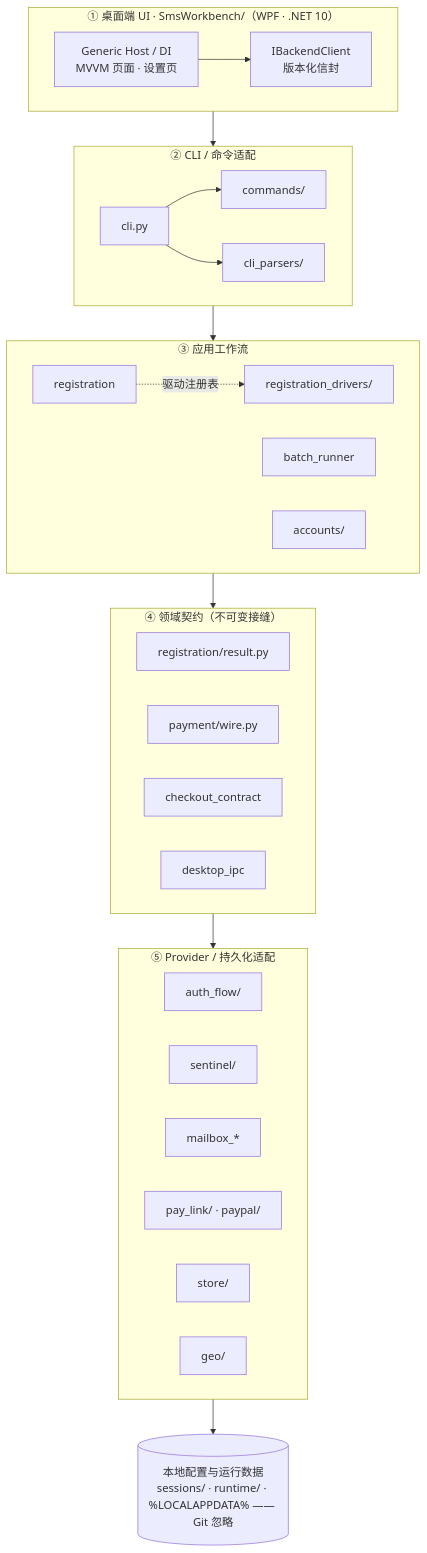
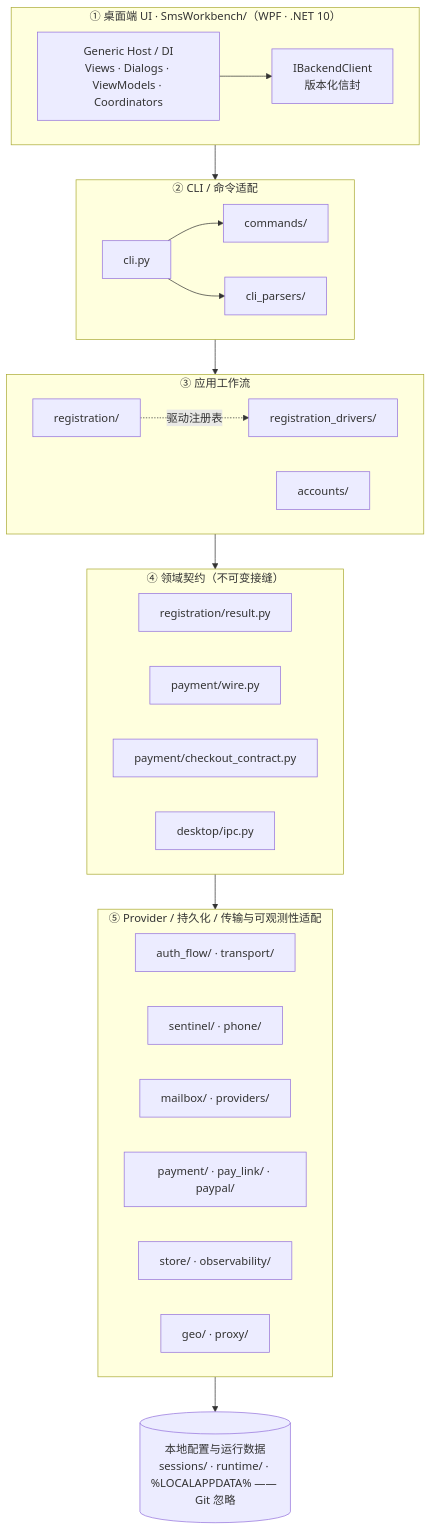
One commit to 2951461586/GPT-Register-Tool changed the diagram in README.md. Above: the diagram before and after it, drawn with Mermaid. The commit also changed other lines of this file and 589 other files, not shown here.

````diff
--- a/README.md
+++ b/README.md
@@ -55,51 +55,50 @@
 ```mermaid
 flowchart TB
     subgraph L1["① 桌面端 UI · SmsWorkbench/（WPF · .NET 10）"]
         direction LR
-        PANEL["Generic Host / DI<br/>MVVM 页面 · 设置页"]
+        PANEL["Generic Host / DI<br/>Views · Dialogs · ViewModels · Coordinators"]
         IPC["IBackendClient<br/>版本化信封"]
     end
 
     subgraph L2["② CLI / 命令适配"]
         direction LR
         CLI["cli.py"]
         CMDS["commands/"]
         PARSERS["cli_parsers/"]
     end
 
     subgraph L3["③ 应用工作流"]
         direction LR
-        REG["registration"]
-        BATCH["batch_runner"]
+        REG["registration/"]
         DRV["registration_drivers/"]
         REC["accounts/"]
     end
 
     subgraph L4["④ 领域契约（不可变接缝）"]
         direction LR
         RESULT["registration/result.py"]
         WIRE["payment/wire.py"]
-        CHECKOUT["checkout_contract"]
-        DIPC["desktop_ipc"]
+        CHECKOUT["payment/checkout_contract.py"]
+        DIPC["desktop/ipc.py"]
     end
 
-    subgraph L5["⑤ Provider / 持久化适配"]
+    subgraph L5["⑤ Provider / 持久化 / 传输与可观测性适配"]
         direction LR
-        AF["auth_flow/"]
-        SEN["sentinel/"]
-        MB["mailbox_*"]
-        PAY["pay_link/ · paypal/"]
-        STO["store/"]
-        GEO["geo/"]
+        AF["auth_flow/ · transport/"]
+        SEN["sentinel/ · phone/"]
+        MB["mailbox/ · providers/"]
+        PAY["payment/ · pay_link/ · paypal/"]
+        STO["store/ · observability/"]
+        GEO["geo/ · proxy/"]
     end
 
     PANEL --> IPC
     CLI --> CMDS
     CLI --> PARSERS
     REG -. 驱动注册表 .-> DRV
     L1 --> L2
     L2 --> L3
     L3 --> L4
     L4 --> L5
     L5 --> DATA[("本地配置与运行数据<br/>sessions/ · runtime/ · %LOCALAPPDATA% —— Git 忽略")]
 ```
````
